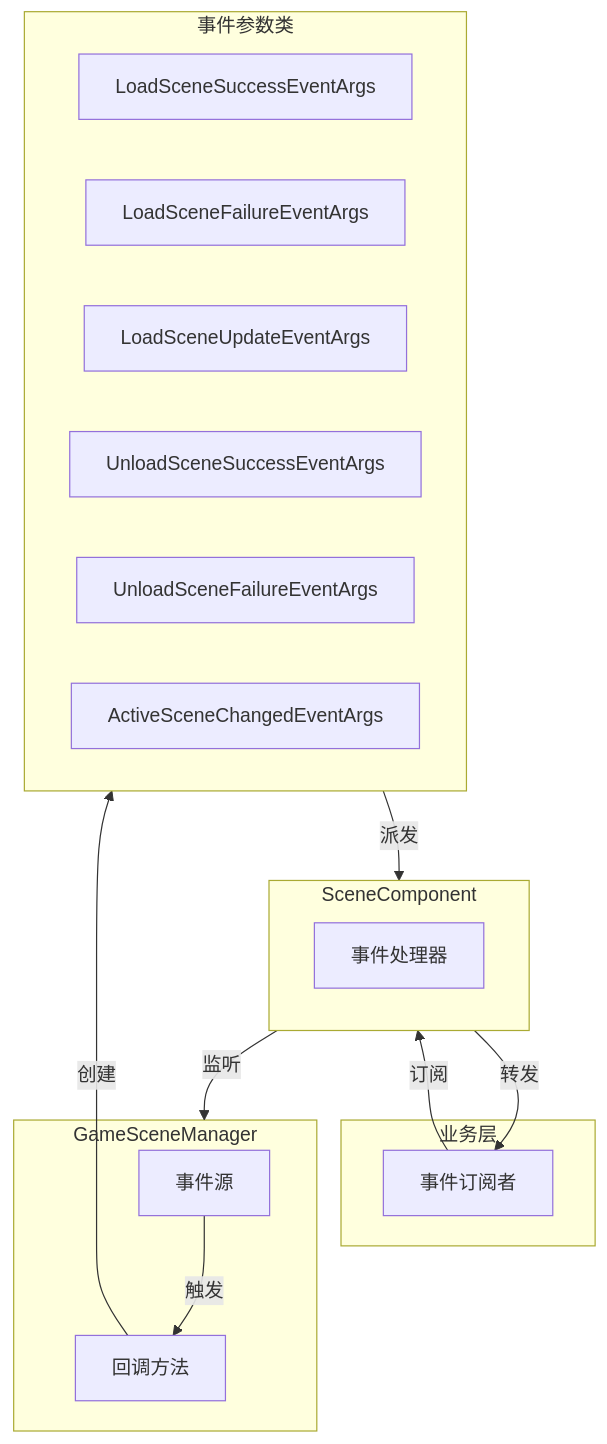
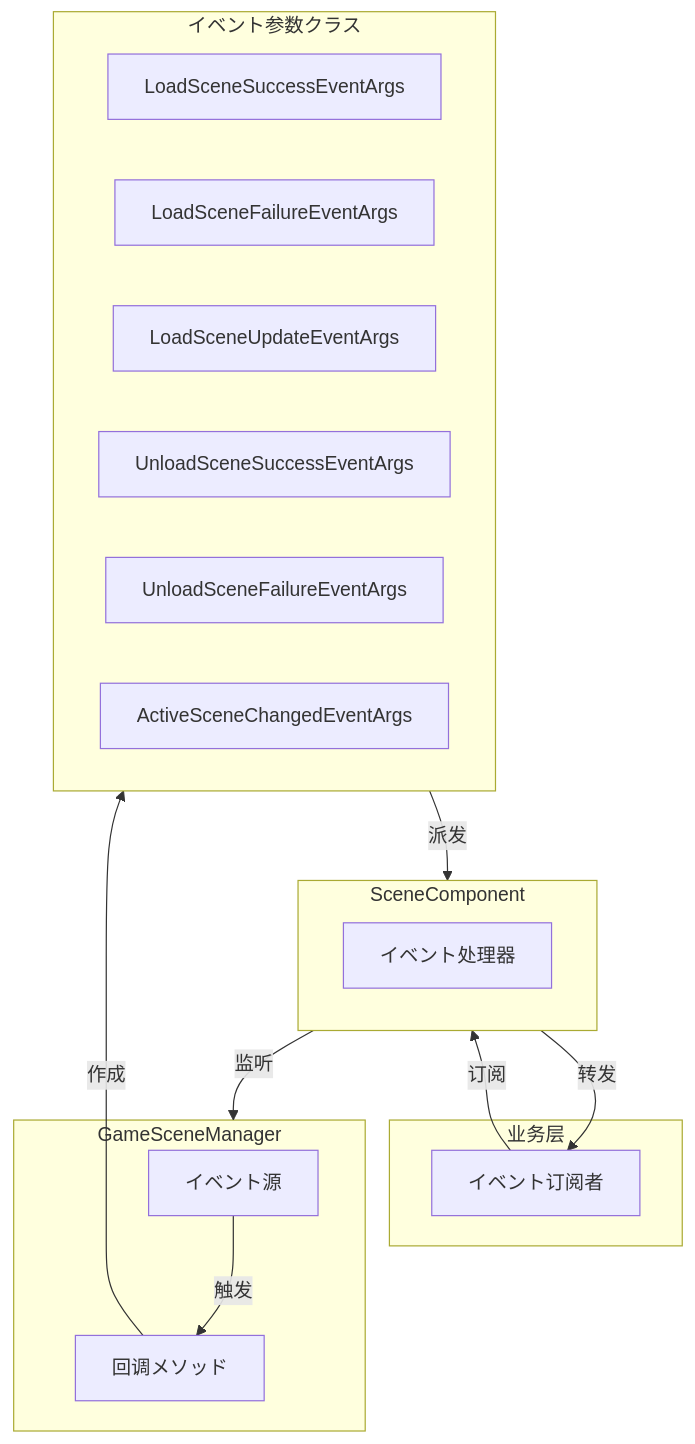
The first of 3 diagrams in docs/ja/client/unity/component/scene/05.events.md (AlianBlank/GameFrameX.Docs), drawn with Mermaid before and after one commit. The commit also changed other lines of this file and 603 other files, not shown here.

````diff
--- a/docs/ja/client/unity/component/scene/05.events.md
+++ b/docs/ja/client/unity/component/scene/05.events.md
@@ -29,31 +29,31 @@
 ```mermaid
 flowchart TD
     subgraph External["业务层"]
-        Subscriber["事件订阅者"]
+        Subscriber["イベント订阅者"]
     end
 
     subgraph SceneComponent["SceneComponent"]
-        EventHandler["事件处理器"]
+        EventHandler["イベント处理器"]
     end
 
     subgraph GameSceneManager["GameSceneManager"]
-        EventSource["事件源"]
-        Callback["回调方法"]
+        EventSource["イベント源"]
+        Callback["回调メソッド"]
     end
 
-    subgraph EventArgs["事件参数类"]
+    subgraph EventArgs["イベント参数クラス"]
         LoadSuccess["LoadSceneSuccessEventArgs"]
         LoadFailure["LoadSceneFailureEventArgs"]
         LoadUpdate["LoadSceneUpdateEventArgs"]
         UnloadSuccess["UnloadSceneSuccessEventArgs"]
         UnloadFailure["UnloadSceneFailureEventArgs"]
         ActiveChanged["ActiveSceneChangedEventArgs"]
     end
 
     Subscriber -->|订阅| SceneComponent
     SceneComponent -->|监听| GameSceneManager
     EventSource -->|触发| Callback
-    Callback -->|创建| EventArgs
+    Callback -->|作成| EventArgs
     EventArgs -->|派发| SceneComponent
     SceneComponent -->|转发| Subscriber
 ```
````
